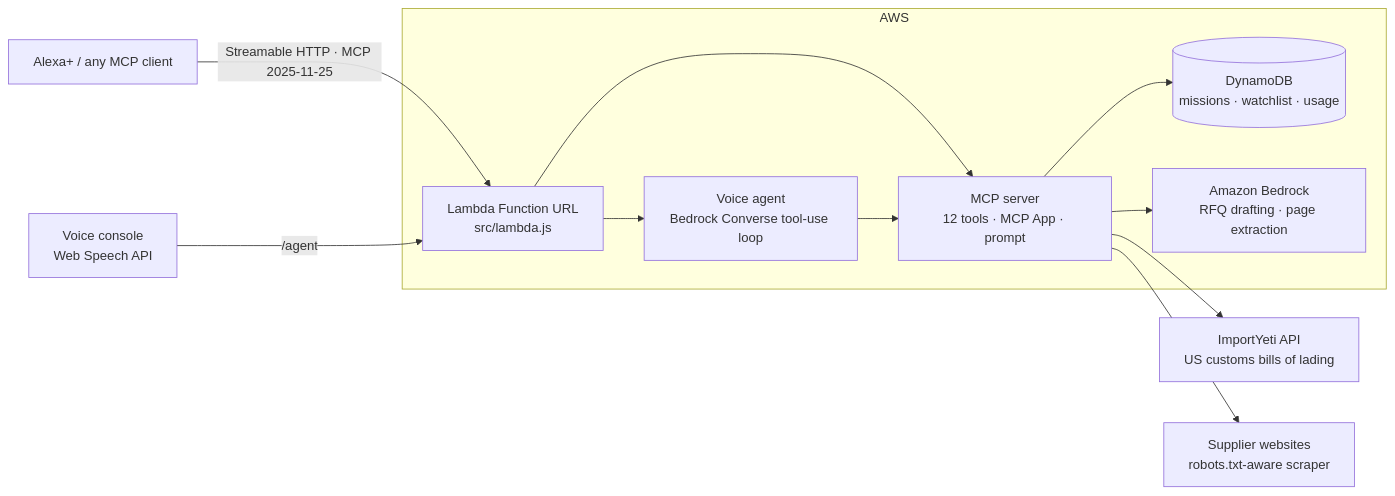
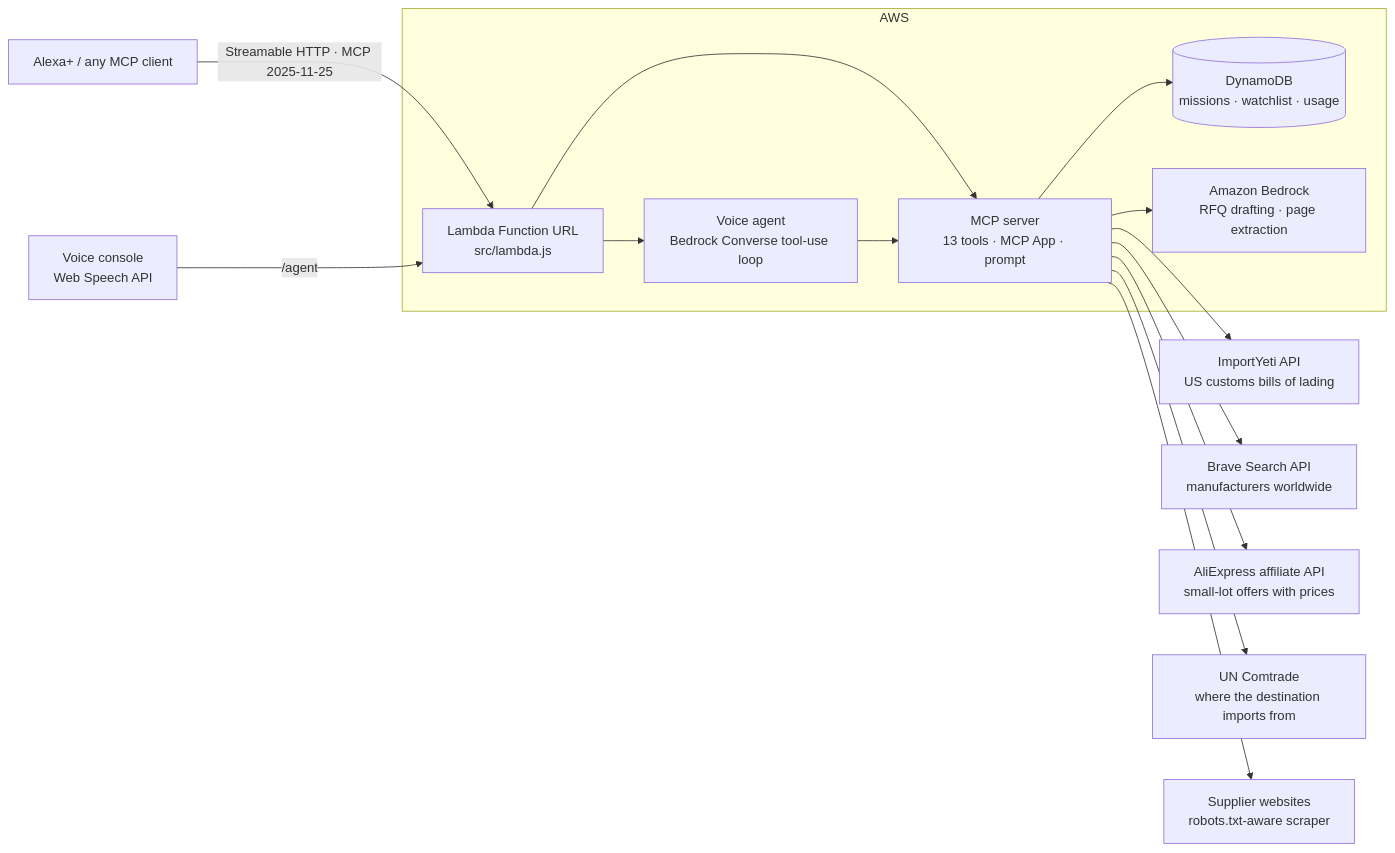
Before and after one commit to Heya-56/manalog: the diagram in README.md, drawn with Mermaid. The commit also changed other lines of this file and 22 other files, not shown here.

First line of the commit message:
Multi-source discovery: search planning (terms + HS codes), web search, AliExpress offers, UN Comtrade origins

````diff
--- a/README.md
+++ b/README.md
@@ -36,14 +36,17 @@
 ```mermaid
 flowchart LR
   A[Alexa+ / any MCP client] -- Streamable HTTP · MCP 2025-11-25 --> L
   V[Voice console<br/>Web Speech API] -- /agent --> L
   subgraph AWS
-    L[Lambda Function URL<br/>src/lambda.js] --> M[MCP server<br/>12 tools · MCP App · prompt]
+    L[Lambda Function URL<br/>src/lambda.js] --> M[MCP server<br/>13 tools · MCP App · prompt]
     L --> AG[Voice agent<br/>Bedrock Converse tool-use loop]
     AG --> M
     M --> D[(DynamoDB<br/>missions · watchlist · usage)]
     M --> B[Amazon Bedrock<br/>RFQ drafting · page extraction]
   end
   M --> IY[ImportYeti API<br/>US customs bills of lading]
+  M --> WS[Brave Search API<br/>manufacturers worldwide]
+  M --> AE[AliExpress affiliate API<br/>small-lot offers with prices]
+  M --> UN[UN Comtrade<br/>where the destination imports from]
   M --> W[Supplier websites<br/>robots.txt-aware scraper]
 ```
````
